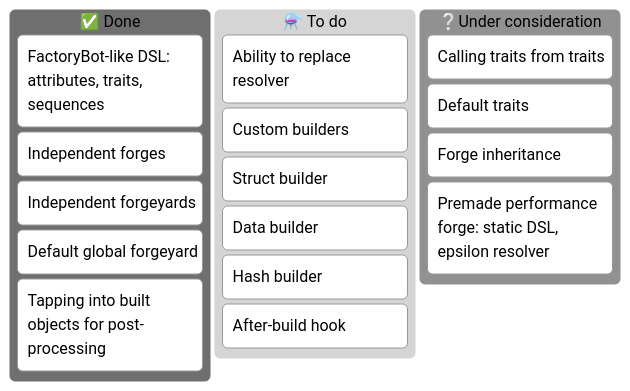
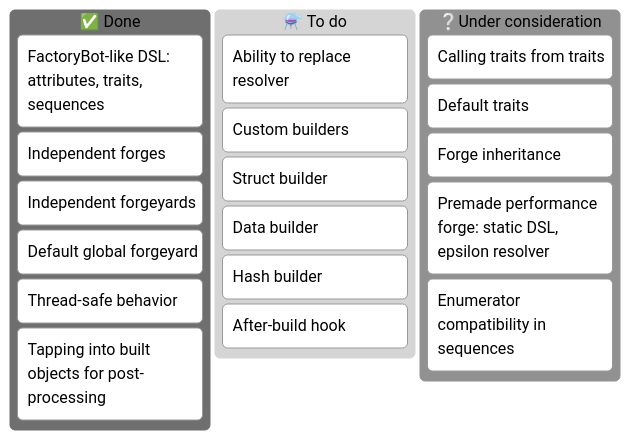
Before and after one commit to trinistr/object_forge: the diagram in README.md, drawn with Mermaid (neutral theme). The commit also changed other lines of this file and 1 other file, not shown here.

````diff
--- a/README.md
+++ b/README.md
@@ -182,21 +186,23 @@
 ```mermaid
 kanban
   [✅ Done]
     [FactoryBot-like DSL: attributes, traits, sequences]
     [Independent forges]
     [Independent forgeyards]
     [Default global forgeyard]
+    [Thread-safe behavior]
     [Tapping into built objects for post-processing]
   [⚗️ To do]
     [Ability to replace resolver]
     [Custom builders]
     [Struct builder]
     [Data builder]
     [Hash builder]
     [After-build hook]
   [❔Under consideration]
     [Calling traits from traits]
     [Default traits]
     [Forge inheritance]
     [Premade performance forge: static DSL, epsilon resolver]
+    [Enumerator compatibility in sequences]
 ```
````
